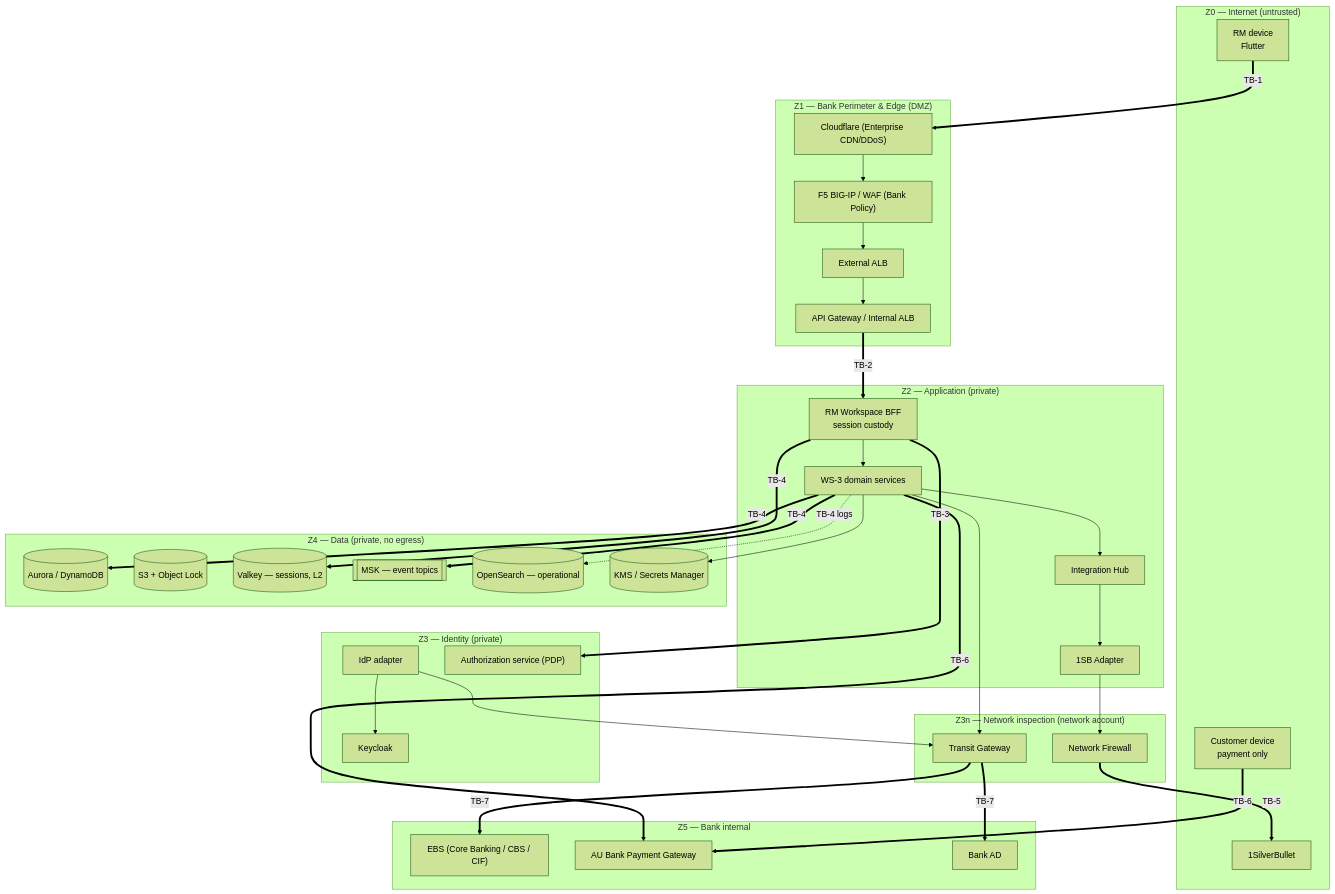
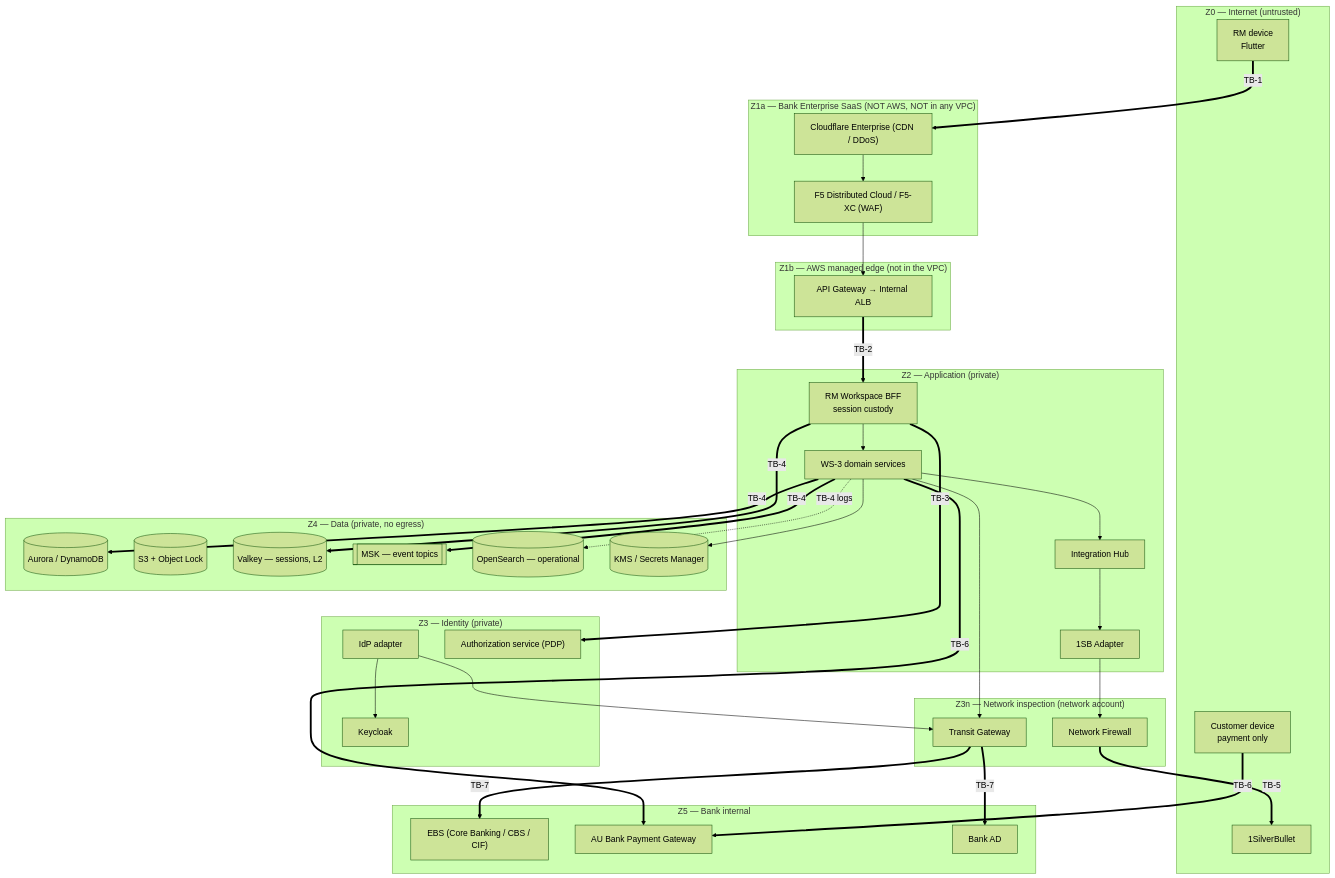
The diagram in docs/platform/ws3-platform/04-security-architecture.md (Mahesh38/bank-insurance-platform), drawn with Mermaid (forest theme) before and after one commit. The commit also changed 23 other files, not shown here.

First line of the commit message:
docs(arch): correct edge ingress — SaaS Cloudflare/F5-XC, no public ALB

````diff
--- a/docs/platform/ws3-platform/04-security-architecture.md
+++ b/docs/platform/ws3-platform/04-security-architecture.md
@@ -60,64 +60,66 @@
 ```mermaid
 graph TB
     subgraph Z0["Z0 — Internet (untrusted)"]
         RM["RM device<br/>Flutter"]
         CUSTD["Customer device<br/>payment only"]
         SB["1SilverBullet"]
     end
 
-    subgraph Z1["Z1 — Bank Perimeter & Edge (DMZ)"]
-        CF["Cloudflare (Enterprise CDN/DDoS)"]
-        F5["F5 BIG-IP / WAF (Bank Policy)"]
-        EXT_ALB["External ALB"]
-        GW["API Gateway / Internal ALB"]
+    subgraph Z1S["Z1a — Bank Enterprise SaaS (NOT AWS, NOT in any VPC)"]
+        CF["Cloudflare Enterprise (CDN / DDoS)"]
+        F5["F5 Distributed Cloud / F5-XC (WAF)"]
+    end
+
+    subgraph Z1["Z1b — AWS managed edge (not in the VPC)"]
+        GW["API Gateway → Internal ALB"]
     end
 
     subgraph Z2["Z2 — Application (private)"]
         BFF["RM Workspace BFF<br/>session custody"]
         SVCS["WS-3 domain services"]
         HUB["Integration Hub"]
         ADPT["1SB Adapter"]
     end
 
     subgraph Z3["Z3 — Identity (private)"]
         IDPA["IdP adapter"]
         PDP["Authorization service (PDP)"]
         KC["Keycloak"]
     end
 
     subgraph Z4["Z4 — Data (private, no egress)"]
         DB[("Aurora / DynamoDB")]
         OBJ[("S3 + Object Lock")]
         CACHE[("Valkey — sessions, L2")]
         BUS[["MSK — event topics"]]
         SRCH[("OpenSearch — operational")]
         KMS[("KMS / Secrets Manager")]
     end
 
     subgraph Z3N["Z3n — Network inspection (network account)"]
         TGW["Transit Gateway"]
         NFW["Network Firewall"]
     end
 
     subgraph Z5["Z5 — Bank internal"]
         EBS["EBS (Core Banking / CBS / CIF)"]
         PGW["AU Bank Payment Gateway"]
         AD["Bank AD"]
     end
 
-    RM ==>|"TB-1"| CF --> F5 --> EXT_ALB --> GW
+    RM ==>|"TB-1"| CF --> F5 --> GW
     CUSTD ==>|"TB-6"| PGW
     GW ==>|"TB-2"| BFF
     BFF ==>|"TB-3"| PDP
     BFF --> SVCS
     BFF ==>|"TB-4"| CACHE
     SVCS ==>|"TB-4"| DB
     SVCS ==>|"TB-4"| BUS
     SVCS -.->|"TB-4 logs"| SRCH
     SVCS --> HUB --> ADPT --> NFW ==>|"TB-5"| SB
     SVCS ==>|"TB-6"| PGW
     SVCS --> TGW ==>|"TB-7"| EBS
     IDPA --> TGW ==>|"TB-7"| AD
     IDPA --> KC
     SVCS --> KMS
 ```
````
